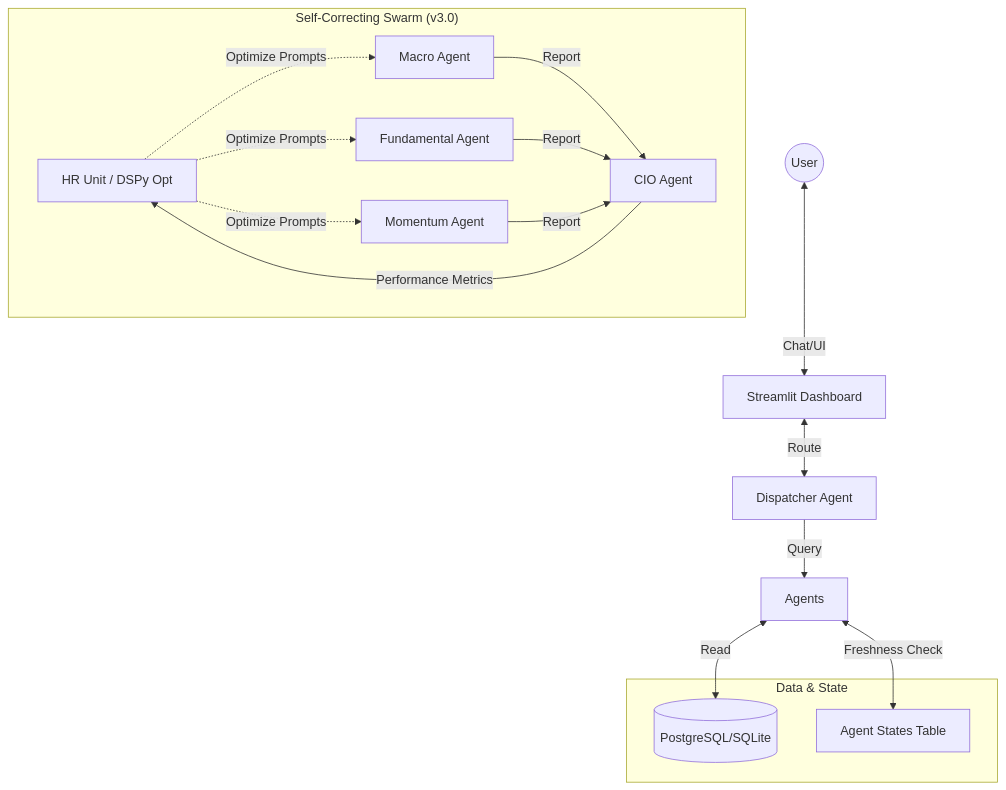
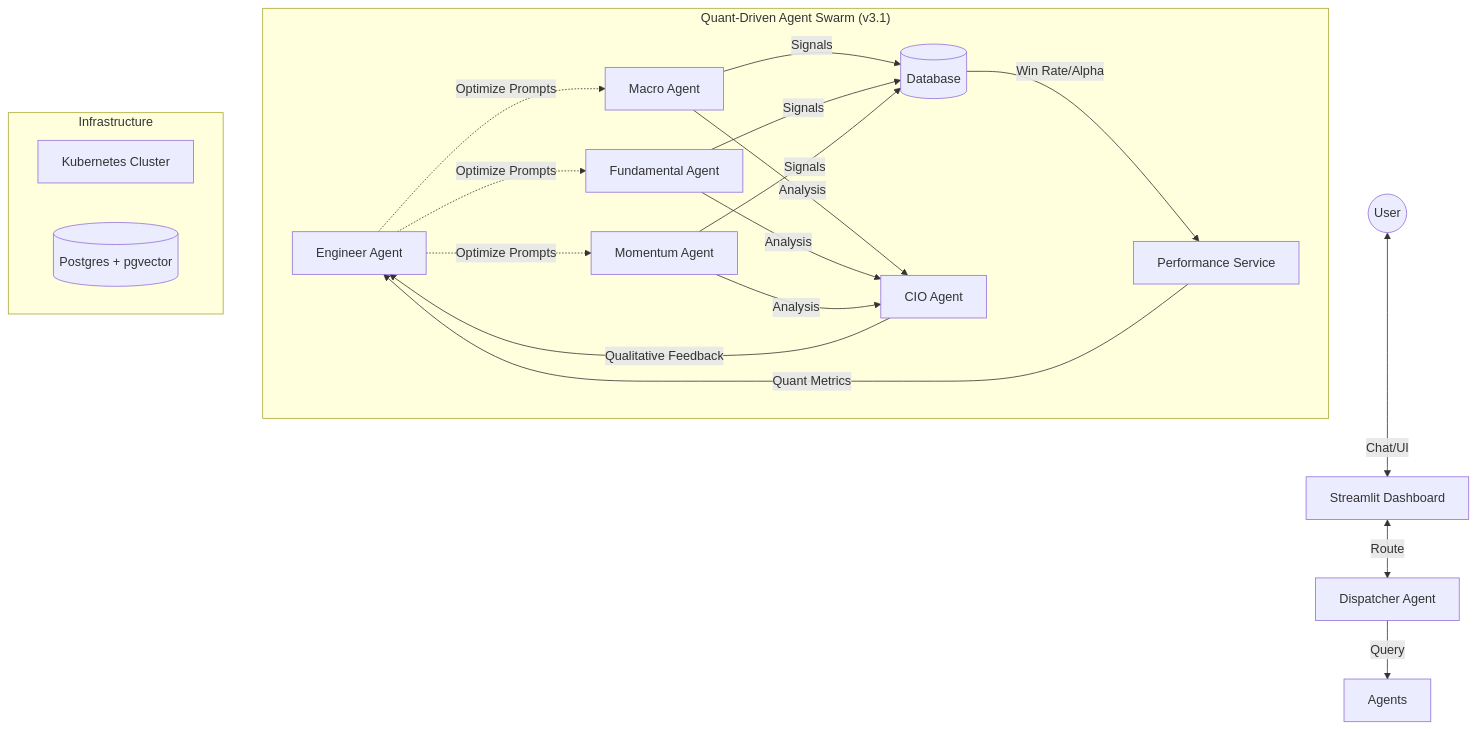
Before and after one commit to neohsiung/AI-Investment-Advisor: the diagram in README.md, drawn with Mermaid. The commit also changed other lines of this file and 43 other files, not shown here.

First line of the commit message:
feat(v3.1): enhance architecture with sentiment agent, k8s support & performance tracking | 增強架構：新增情緒代理、K8s 支援與績效追蹤

````diff
--- a/README.md
+++ b/README.md
@@ -38,27 +32,28 @@
 ```mermaid
 graph TD
     User((User)) <-->|Chat/UI| DASH[Streamlit Dashboard]
     DASH <-->|Route| DISP[Dispatcher Agent]
     
     DISP -->|Query| Agents
     
-    subgraph "Self-Correcting Swarm (v3.0)"
-        HR[HR Unit / DSPy Opt]
+    subgraph "Quant-Driven Agent Swarm (v3.1)"
+        ENG[Engineer Agent]
         MA[Macro Agent]
         FA[Fundamental Agent]
         MO[Momentum Agent]
         CIO[CIO Agent]
+        PERF[Performance Service]
         
-        MA & FA & MO -->|Report| CIO
-        CIO -->|Performance Metrics| HR
-        HR -.->|Optimize Prompts| MA & FA & MO
+        MA & FA & MO -->|Signals| DB[(Database)]
+        MA & FA & MO -->|Analysis| CIO
+        DB -->|Win Rate/Alpha| PERF
+        CIO -->|Qualitative Feedback| ENG
+        PERF -->|Quant Metrics| ENG
+        ENG -.->|Optimize Prompts| MA & FA & MO
     end
 
-    subgraph Data & State
-        DB[(PostgreSQL/SQLite)]
-        States[Agent States Table]
+    subgraph Infrastructure
+        K8S[Kubernetes Cluster]
+        POSTGRES[(Postgres + pgvector)]
     end
-
-    Agents <-->|Freshness Check| States
-    Agents <-->|Read| DB
 ```
````
